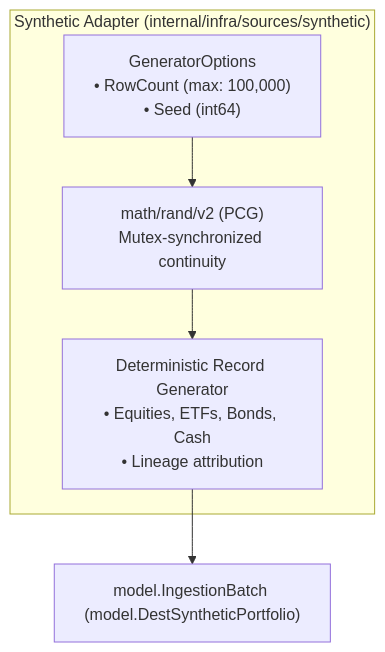
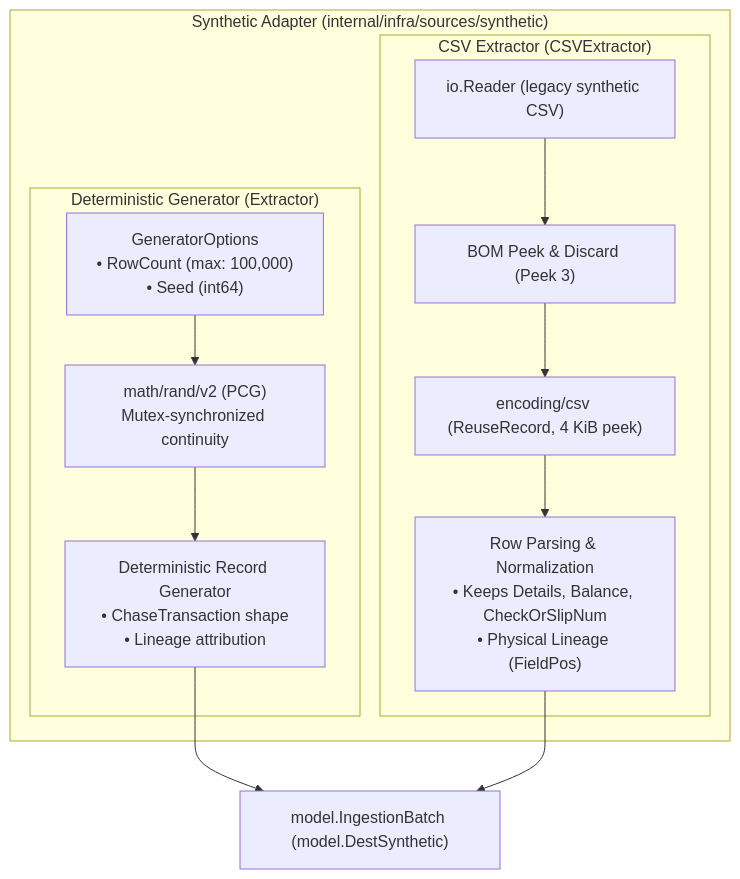
One commit to ajponte/babylon_data_loader changed the diagram in docs/specs/architecture/synthetic-adapter.md. Above: the diagram before and after it, drawn with Mermaid. The commit also changed other lines of this file and 2 other files, not shown here.

Commit message:
feat(sources): synthetic CSV extractor for file stream ingestion (Phase 2G) (#69)

````diff
--- a/docs/specs/architecture/synthetic-adapter.md
+++ b/docs/specs/architecture/synthetic-adapter.md
@@ -11,12 +16,23 @@
 ```mermaid
 flowchart TD
-    subgraph SyntheticAdapter ["Synthetic Adapter (internal/infra/sources/synthetic)"]
-        OPT["GeneratorOptions<br/>• RowCount (max: 100,000)<br/>• Seed (int64)"]
-        PRNG["math/rand/v2 (PCG)<br/>Mutex-synchronized continuity"]
-        GEN["Deterministic Record Generator<br/>• Equities, ETFs, Bonds, Cash<br/>• Lineage attribution"]
+    subgraph SyntheticPackage ["Synthetic Adapter (internal/infra/sources/synthetic)"]
+        subgraph GeneratorEngine ["Deterministic Generator (Extractor)"]
+            OPT["GeneratorOptions<br/>• RowCount (max: 100,000)<br/>• Seed (int64)"]
+            PRNG["math/rand/v2 (PCG)<br/>Mutex-synchronized continuity"]
+            GEN["Deterministic Record Generator<br/>• ChaseTransaction shape<br/>• Lineage attribution"]
+        end
+
+        subgraph StreamParser ["CSV Extractor (CSVExtractor)"]
+            STREAM["io.Reader (legacy synthetic CSV)"]
+            BOM["BOM Peek & Discard (Peek 3)"]
+            CSV["encoding/csv (ReuseRecord, 4 KiB peek)"]
+            ROW["Row Parsing & Normalization<br/>• Keeps Details, Balance, CheckOrSlipNum<br/>• Physical Lineage (FieldPos)"]
+        end
     end
 
     OPT --> PRNG
     PRNG --> GEN
-    GEN --> BATCH["model.IngestionBatch (model.DestSyntheticPortfolio)"]
+    GEN --> BATCH["model.IngestionBatch (model.DestSynthetic)"]
+
+    STREAM --> BOM --> CSV --> ROW --> BATCH
 ```
````
